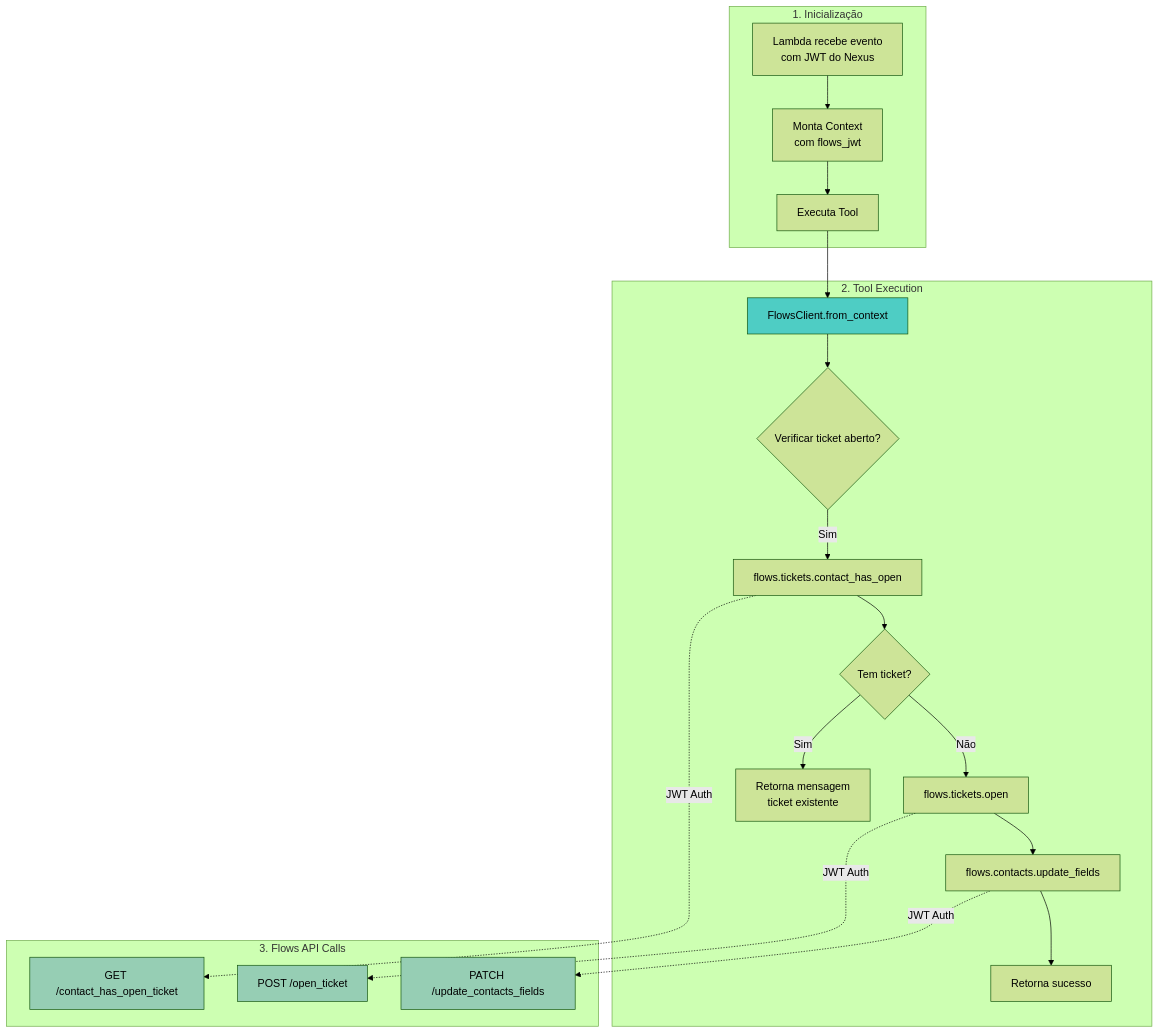
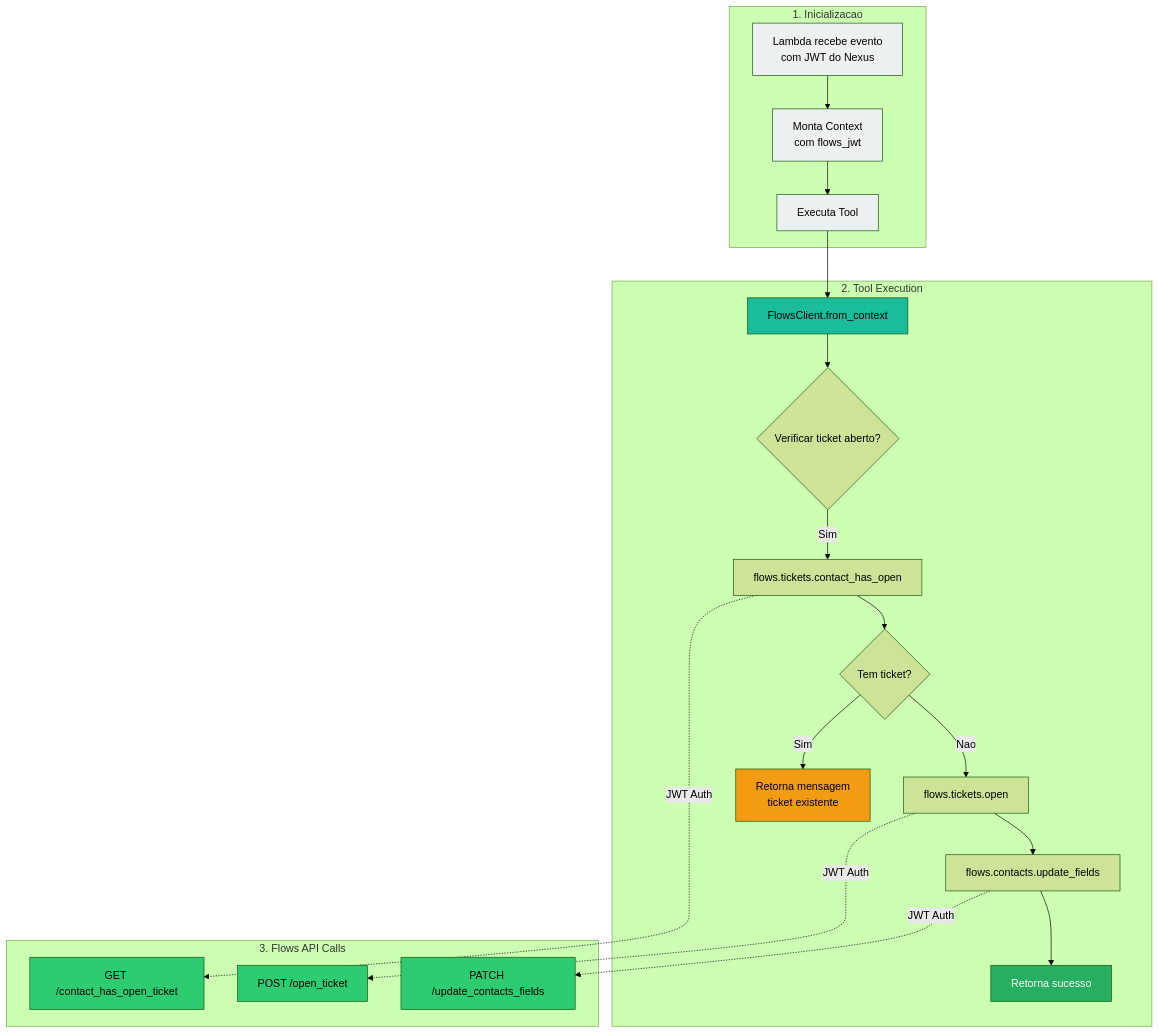
Before and after one commit to weni-ai/agents-toolkit: the sixth of 10 diagrams in docs/architecture/flows-integration-proposal.md, drawn with Mermaid (forest theme). The commit also changed other lines of this file, not shown here.

````diff
--- a/docs/architecture/flows-integration-proposal.md
+++ b/docs/architecture/flows-integration-proposal.md
@@ -211,33 +224,38 @@
 ```mermaid
 flowchart TB
-    subgraph "1. Inicialização"
+    subgraph "1. Inicializacao"
         A[Lambda recebe evento<br/>com JWT do Nexus] --> B[Monta Context<br/>com flows_jwt]
         B --> C[Executa Tool]
     end
     
     subgraph "2. Tool Execution"
         C --> D[FlowsClient.from_context]
         D --> E{Verificar ticket aberto?}
         
         E -->|Sim| F[flows.tickets.contact_has_open]
         F --> G{Tem ticket?}
         
-        G -->|Não| H[flows.tickets.open]
+        G -->|Nao| H[flows.tickets.open]
         H --> I[flows.contacts.update_fields]
         
         G -->|Sim| J[Retorna mensagem<br/>ticket existente]
         
         I --> K[Retorna sucesso]
     end
     
     subgraph "3. Flows API Calls"
         F -.->|JWT Auth| API1[GET /contact_has_open_ticket]
         H -.->|JWT Auth| API2[POST /open_ticket]
         I -.->|JWT Auth| API3[PATCH /update_contacts_fields]
     end
     
-    style D fill:#4ecdc4
-    style API1 fill:#96ceb4
-    style API2 fill:#96ceb4
-    style API3 fill:#96ceb4
+    style D fill:#1abc9c,color:#000
+    style API1 fill:#2ecc71,color:#000
+    style API2 fill:#2ecc71,color:#000
+    style API3 fill:#2ecc71,color:#000
+    style A fill:#ecf0f1,color:#000
+    style B fill:#ecf0f1,color:#000
+    style C fill:#ecf0f1,color:#000
+    style K fill:#27ae60,color:#fff
+    style J fill:#f39c12,color:#000
 ```
````
